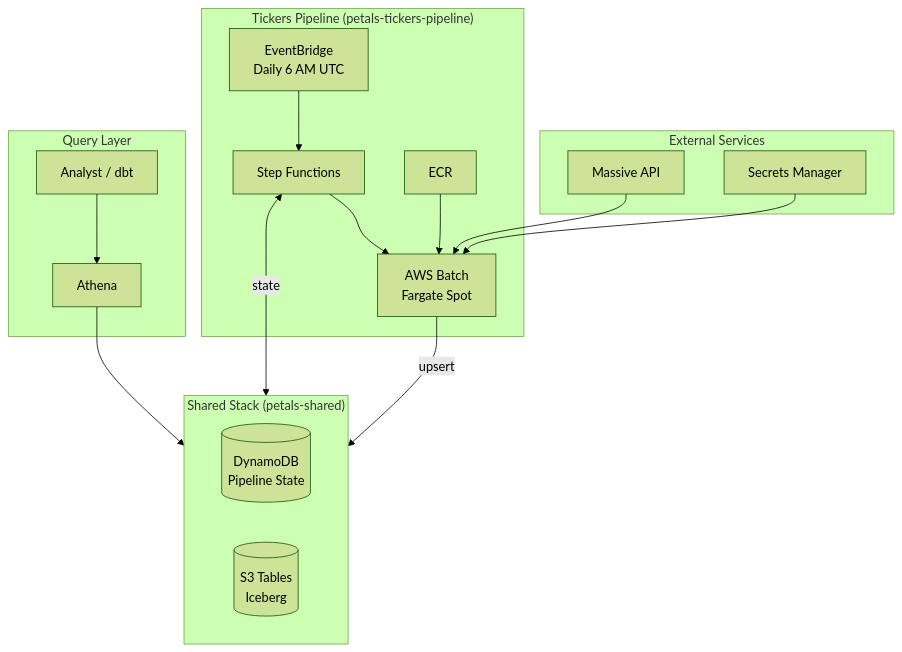
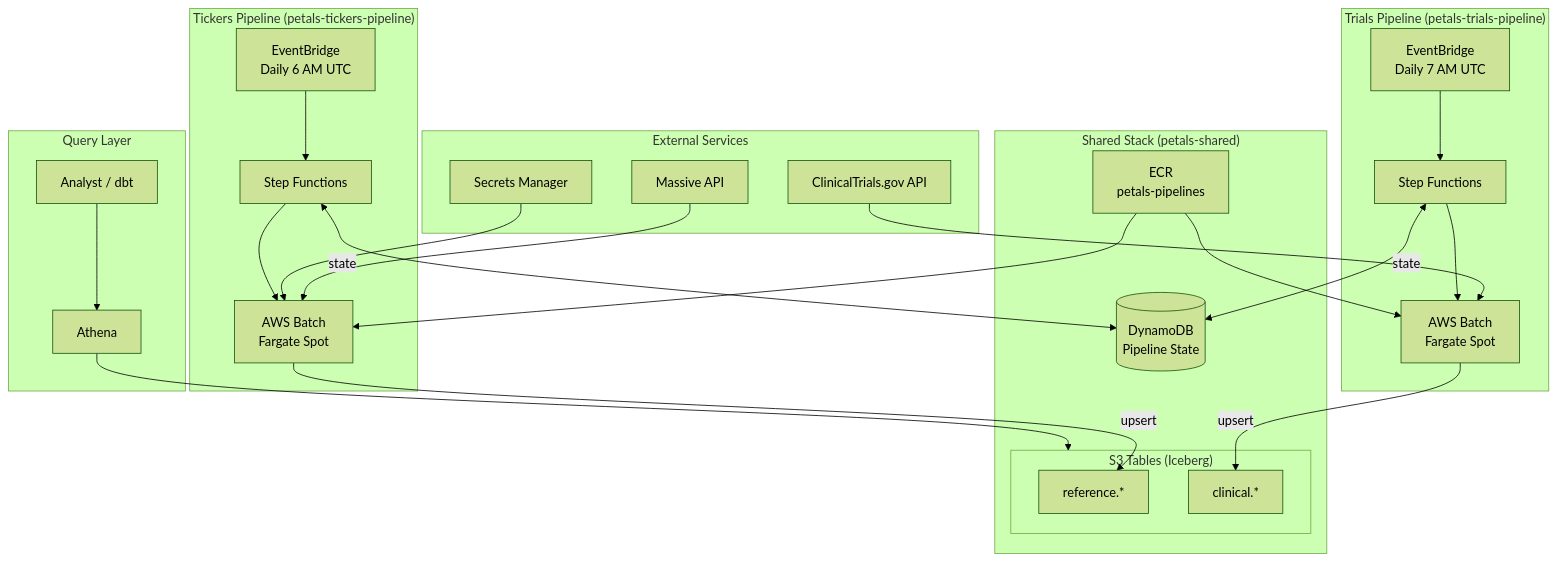
One commit to skillicinski/petals changed the diagram in docs/ARCHITECTURE.md. Above: the diagram before and after it, drawn with Mermaid (forest theme). The commit also changed other lines of this file and 10 other files, not shown here.

First line of the commit message:
Add trials pipeline and consolidate to shared ECR repo

````diff
--- a/docs/ARCHITECTURE.md
+++ b/docs/ARCHITECTURE.md
@@ -9,38 +9,55 @@
 ```mermaid
 flowchart TB
     subgraph External["External Services"]
         API[Massive API]
+        CTGOV[ClinicalTrials.gov API]
         SM[Secrets Manager]
     end
 
-    subgraph Orchestration["Tickers Pipeline (petals-tickers-pipeline)"]
-        EB[EventBridge<br/>Daily 6 AM UTC]
-        SFN[Step Functions]
-        BATCH[AWS Batch<br/>Fargate Spot]
-        ECR[ECR]
+    subgraph TickersPipeline["Tickers Pipeline (petals-tickers-pipeline)"]
+        EB1[EventBridge<br/>Daily 6 AM UTC]
+        SFN1[Step Functions]
+        BATCH1[AWS Batch<br/>Fargate Spot]
     end
 
-    subgraph Storage["Shared Stack (petals-shared)"]
-        direction LR
+    subgraph TrialsPipeline["Trials Pipeline (petals-trials-pipeline)"]
+        EB2[EventBridge<br/>Daily 7 AM UTC]
+        SFN2[Step Functions]
+        BATCH2[AWS Batch<br/>Fargate Spot]
+    end
+
+    subgraph Shared["Shared Stack (petals-shared)"]
+        ECR[ECR<br/>petals-pipelines]
         DDB[(DynamoDB<br/>Pipeline State)]
-        S3T[(S3 Tables<br/>Iceberg)]
+        subgraph S3Tables["S3 Tables (Iceberg)"]
+            NS_REF[reference.*]
+            NS_CLINICAL[clinical.*]
+        end
     end
 
     subgraph Query["Query Layer"]
         ATH[Athena]
         USER[Analyst / dbt]
     end
 
-    %% Main pipeline flow (top to bottom)
-    API --> BATCH
-    SM --> BATCH
-    EB --> SFN
-    SFN <-->|state| DDB
-    SFN --> BATCH
-    ECR --> BATCH
-    BATCH -->|upsert| S3T
+    %% Tickers pipeline flow
+    API --> BATCH1
+    SM --> BATCH1
+    EB1 --> SFN1
+    SFN1 <-->|state| DDB
+    SFN1 --> BATCH1
+    ECR --> BATCH1
+    BATCH1 -->|upsert| NS_REF
 
-    %% Query flow (parallel, side access to storage)
+    %% Trials pipeline flow
+    CTGOV --> BATCH2
+    EB2 --> SFN2
+    SFN2 <-->|state| DDB
+    SFN2 --> BATCH2
+    ECR --> BATCH2
+    BATCH2 -->|upsert| NS_CLINICAL
+
+    %% Query flow
     USER --> ATH
-    ATH --> S3T
+    ATH --> S3Tables
 ```
````
